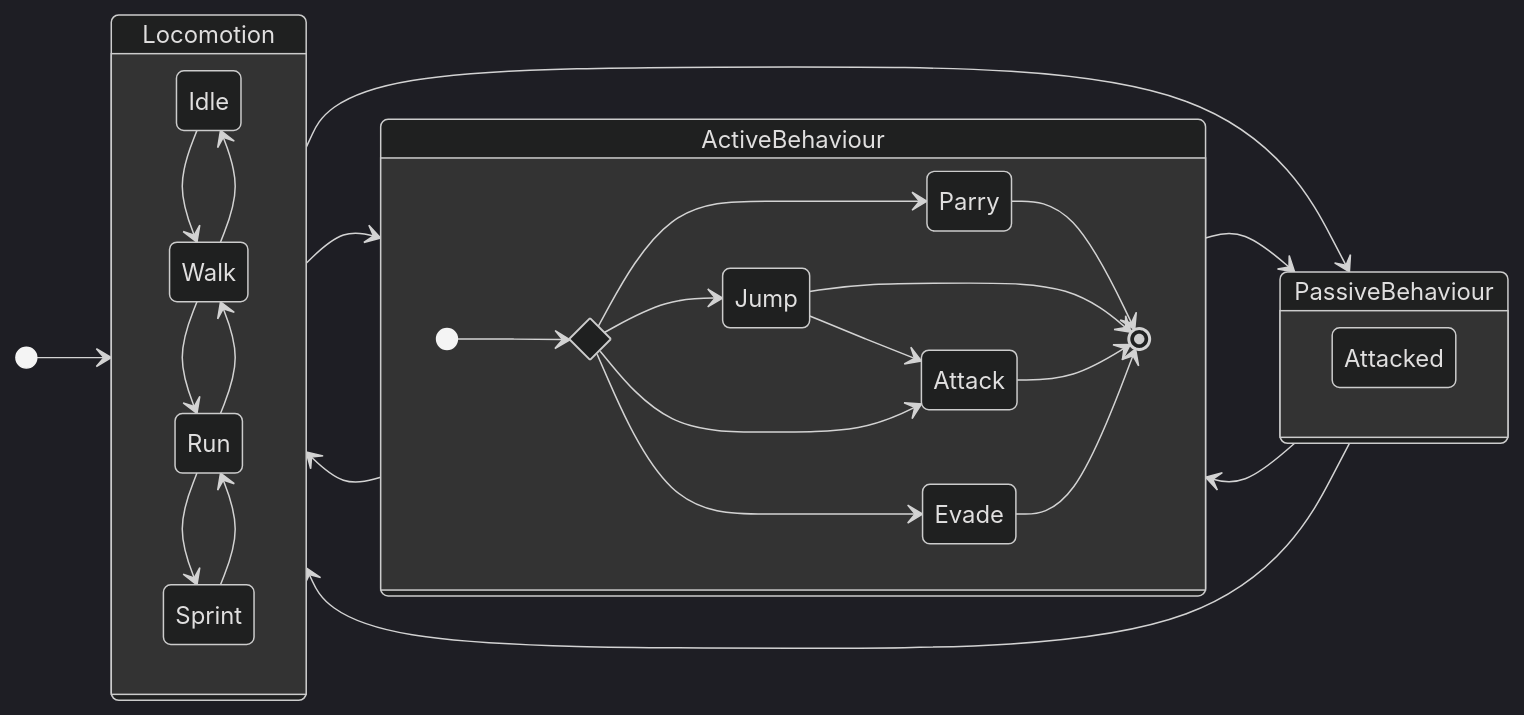
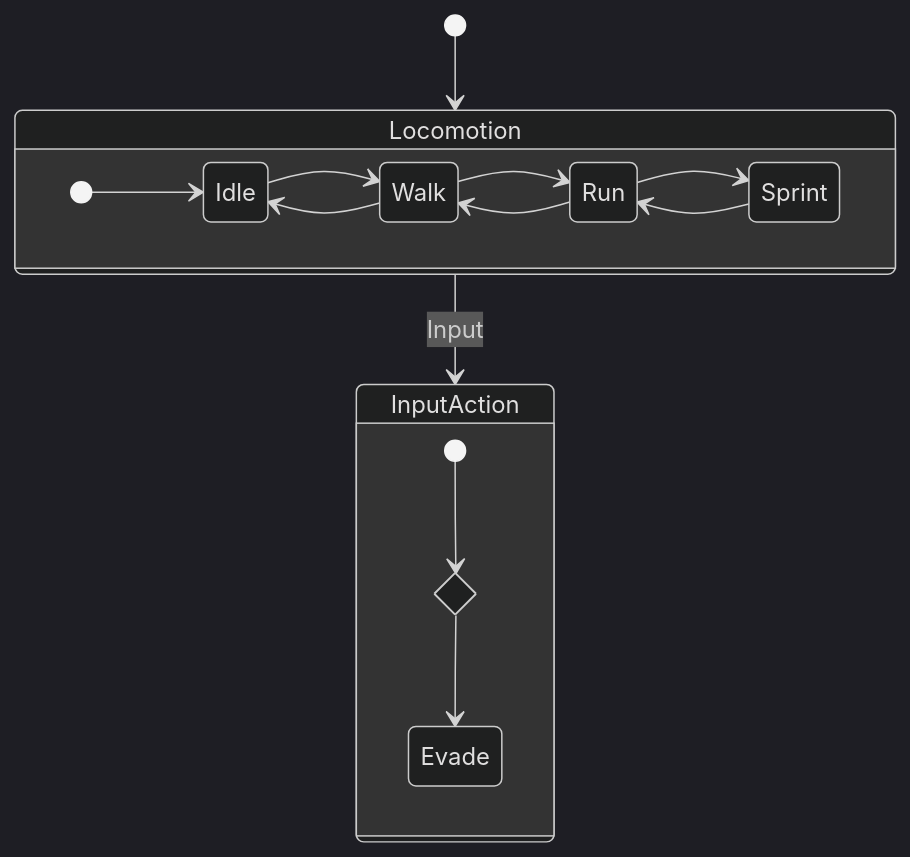
Before and after one commit to SadCatUnion/Ring-of-the-Blood-Cat-Soul: the diagram in Docs/PlayerFSM.md, drawn with Mermaid (dark theme).

````diff
--- a/Docs/PlayerFSM.md
+++ b/Docs/PlayerFSM.md
@@ -1,50 +1,26 @@
 ```mermaid
 stateDiagram-v2
 
 [*] --> Locomotion
+Locomotion --> InputAction : Input
 
-Locomotion --> ActiveBehaviour
-Locomotion --> PassiveBehaviour
-
-ActiveBehaviour --> Locomotion
-ActiveBehaviour --> PassiveBehaviour
-
-PassiveBehaviour --> ActiveBehaviour
-PassiveBehaviour --> Locomotion
-
-direction LR
-
-state Locomotion {    
+%% OnUpdate: Rotate and Move
+state Locomotion {
+	direction LR
+	
+	[*] --> Idle
     Idle --> Walk
     Walk --> Idle
     Walk --> Run
     Run --> Walk
     Run --> Sprint
     Sprint --> Run
 }
 
-state ActiveBehaviour {
-    direction LR
-    state if <<choice>>
-
-    [*] --> if
-    if --> Parry
-    if --> Jump
-    Jump --> Attack
-    if --> Attack
-    
-    if --> Evade
-    
-
-    Parry --> [*]
-    Jump --> [*]
-    Attack --> [*]
-    Evade --> [*]
-    
-}
-
-state PassiveBehaviour {
-    Attacked
+state InputAction {
+	state if <<choice>>
+	[*] --> if
+	if --> Evade
 }
 
 ```
````
